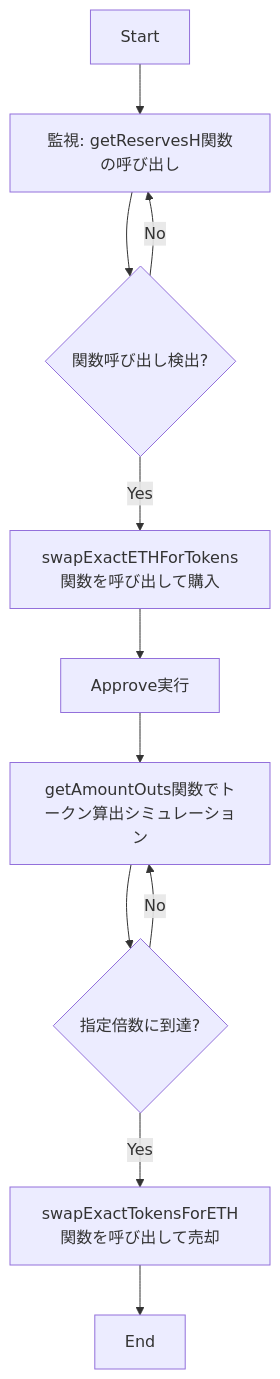
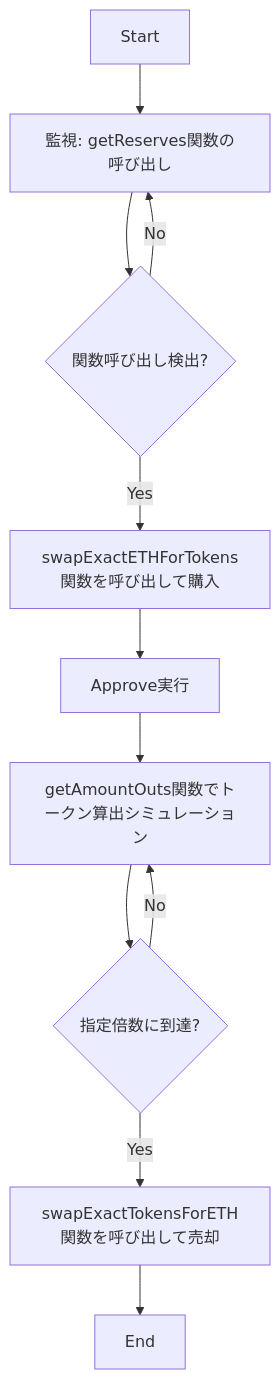
One commit to yblockcha1n/UniswapV2-Sniper changed the diagram in README.md. Above: the diagram before and after it, drawn with Mermaid.

````diff
--- a/README.md
+++ b/README.md
@@ -7,13 +7,13 @@
 ```mermaid
 graph TD
-    A[Start] --> B[監視: getReservesH関数の呼び出し]
+    A[Start] --> B[監視: getReserves関数の呼び出し]
     B --> C{関数呼び出し検出?}
     C -->|Yes| D[swapExactETHForTokens関数を呼び出して購入]
     C -->|No| B
     D --> E[Approve実行]
     E --> F[getAmountOuts関数でトークン算出シミュレーション]
     F --> G{指定倍数に到達?}
     G -->|No| F
     G -->|Yes| H[swapExactTokensForETH関数を呼び出して売却]
     H --> I[End]
 ```
````
